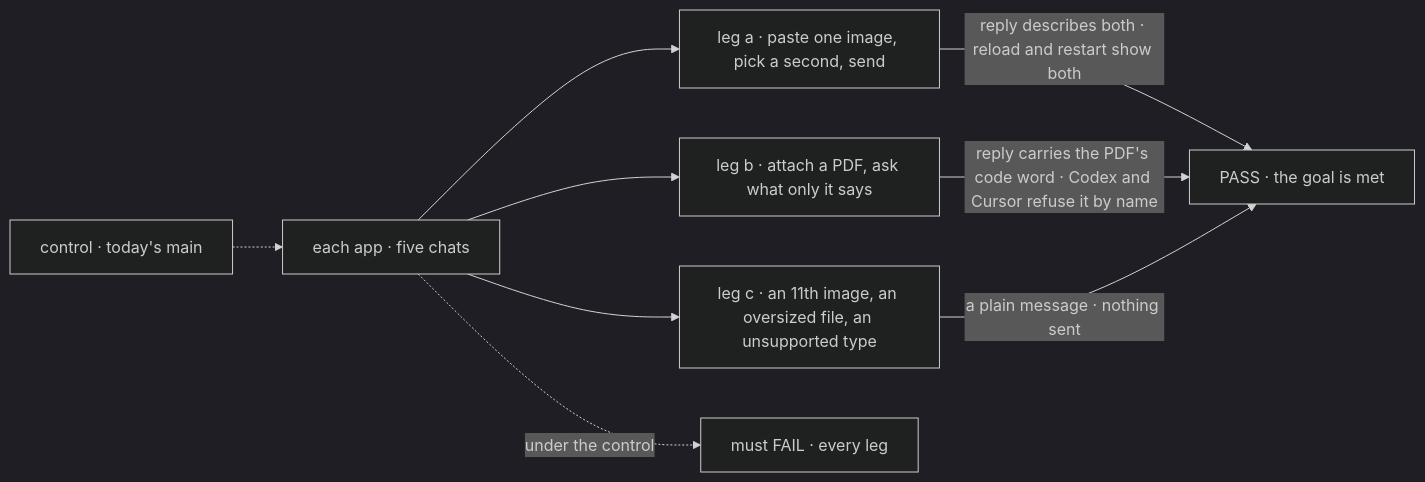
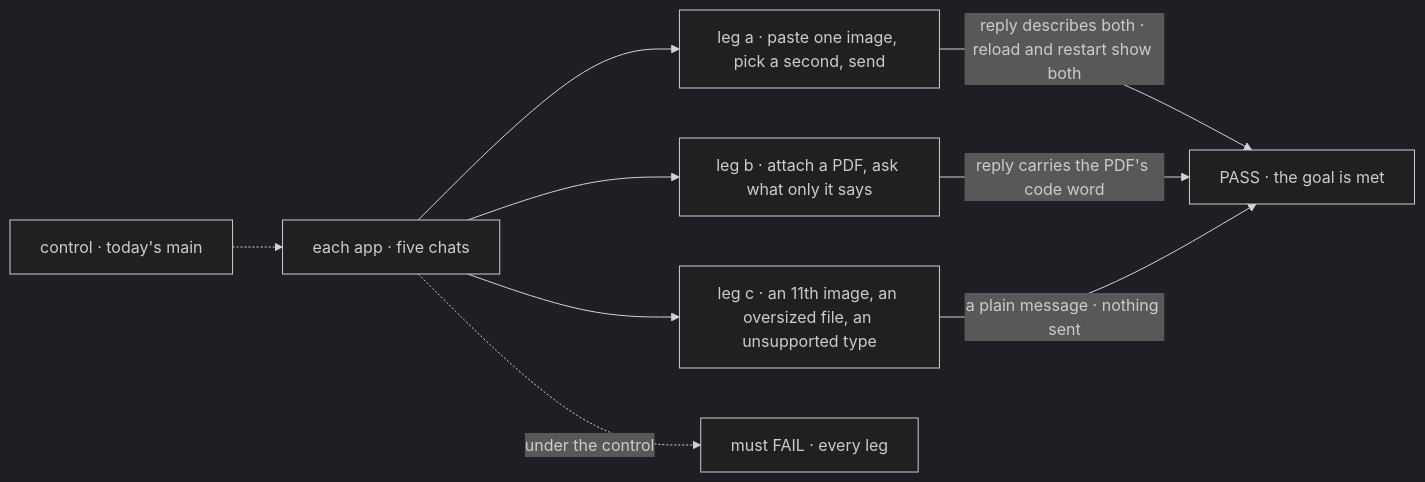
One commit to fixpoint-labs/flow-state-dev changed the first of 2 diagrams in specs/epics/FIX-2516/SPEC.md. Above: the diagram before and after it, drawn with Mermaid (dark theme). The commit also changed other lines of this file and 24 other files, not shown here.

````diff
--- a/specs/epics/FIX-2516/SPEC.md
+++ b/specs/epics/FIX-2516/SPEC.md
@@ -33,11 +33,11 @@
 ```mermaid
 flowchart LR
   A["each app · five chats"] --> L1["leg a · paste one image, pick a second, send"]
   A --> L2["leg b · attach a PDF, ask what only it says"]
   A --> L3["leg c · an 11th image, an oversized file, an unsupported type"]
   L1 -->|"reply describes both · reload and restart show both"| P["PASS · the goal is met"]
-  L2 -->|"reply carries the PDF's code word · Codex and Cursor refuse it by name"| P
+  L2 -->|"reply carries the PDF's code word"| P
   L3 -->|"a plain message · nothing sent"| P
   C["control · today's main"] -.-> A
   A -.->|"under the control"| F["must FAIL · every leg"]
 ```
````
